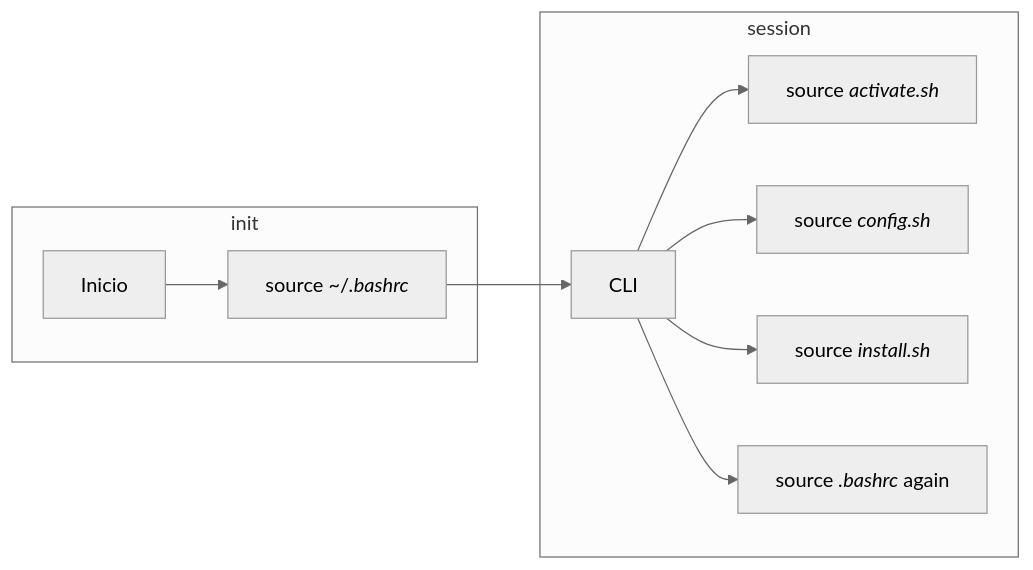
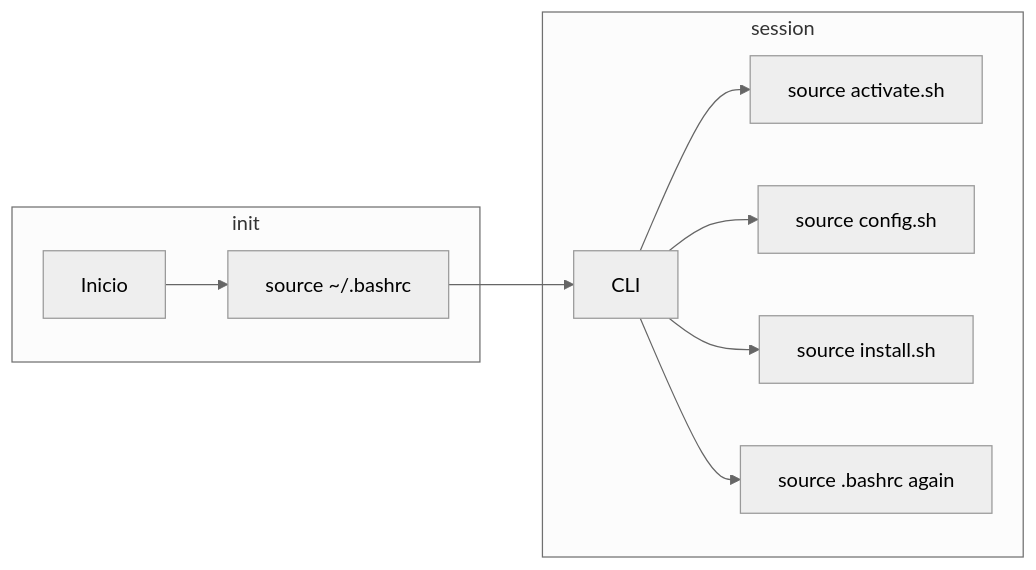
Before and after one commit to Troyanos-Robotics-Club/documentation-obsidian: the third of 3 diagrams in documentation/Introduccion a Linux.md, drawn with Mermaid (neutral theme). The commit also changed other lines of this file and 2 other files, not shown here.

Commit message:
Minicurso de Linux Presentacion

````diff
--- a/documentation/Introduccion a Linux.md
+++ b/documentation/Introduccion a Linux.md
@@ -104,15 +106,15 @@
 ```mermaid
 flowchart LR
 	subgraph init
 	A[Inicio] --> B
-	B["`source ~/*.bashrc*`"] 
+	B["source ~/.bashrc"] 
 	end
 
 	subgraph session
     B --> U[CLI]
-    U --> D["`source *activate.sh*`"]
-    U --> F["`source *config.sh*`"]
-    U --> Z["`source *install.sh*`"]
-    U --> G["`source *.bashrc* again`"]
+    U --> D["source activate.sh"]
+    U --> F["source config.sh"]
+    U --> Z["source install.sh"]
+    U --> G["source .bashrc again"]
 	end
 ```
````
